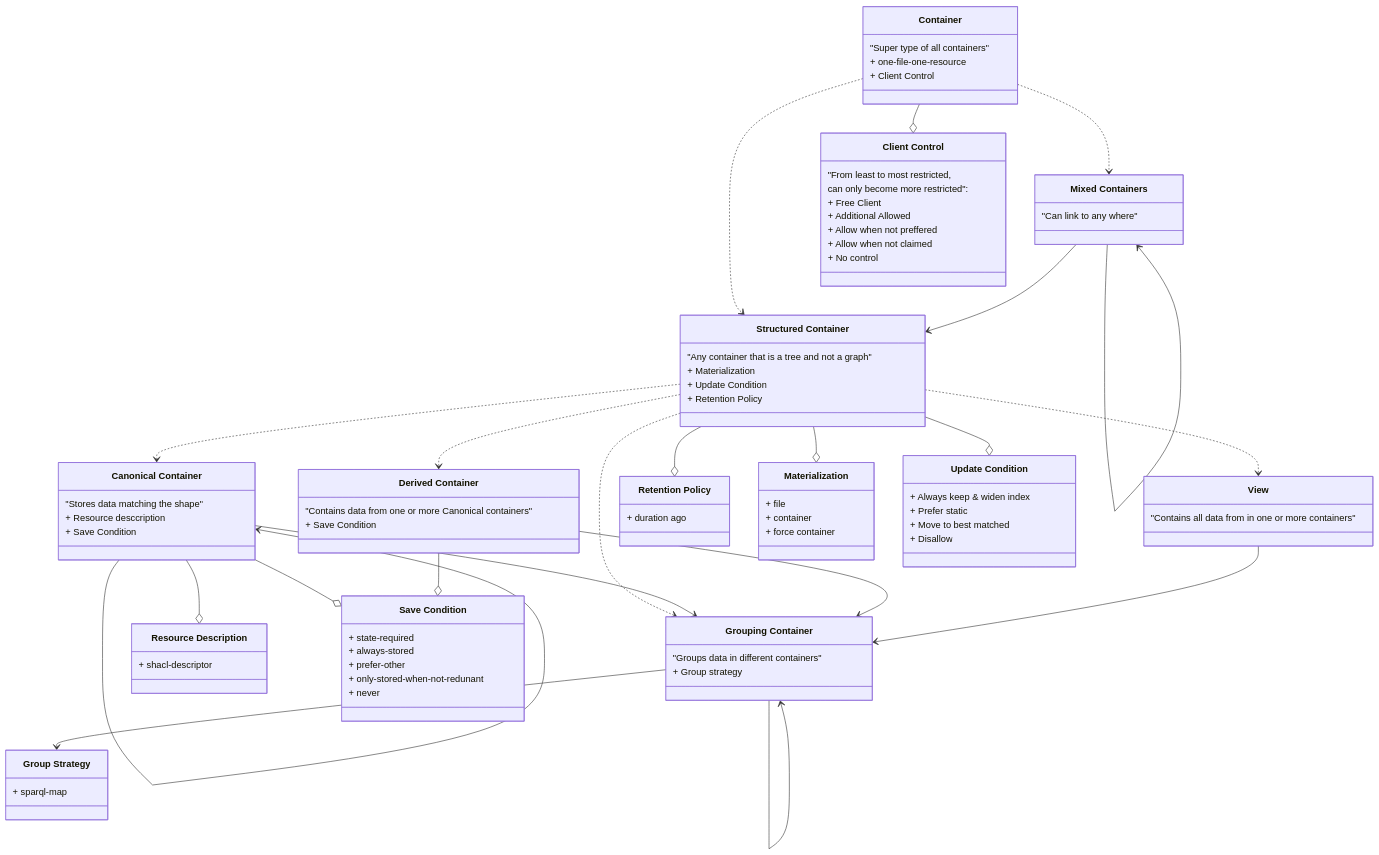
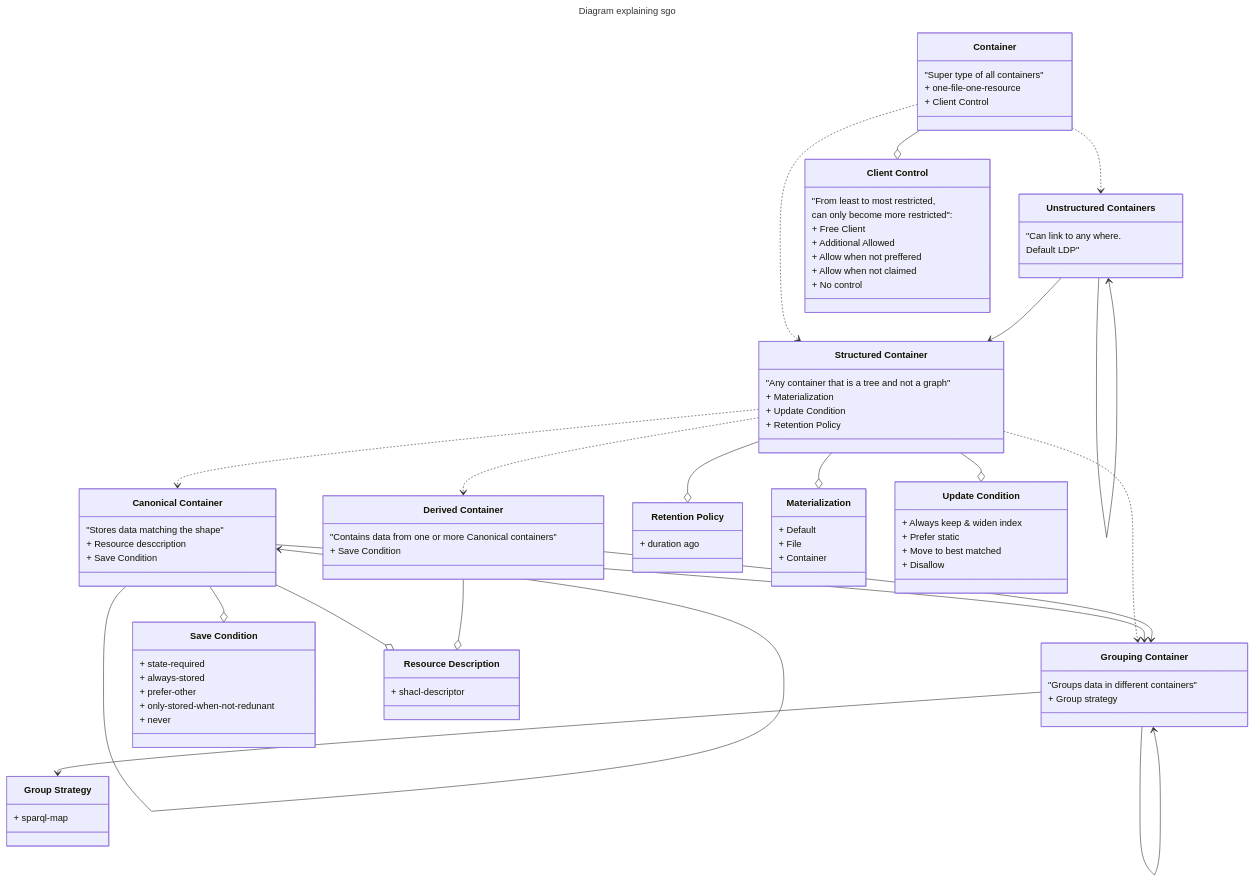
Before and after one commit to jitsedesmet/thesis: the second of 2 diagrams in solution/storage-guidance-ontology/index.md, drawn with Mermaid. The commit also changed other lines of this file, not shown here.

Commit message:
explain graph

```diff
--- a/solution/storage-guidance-ontology/index.md
+++ b/solution/storage-guidance-ontology/index.md
@@ -33,6 +51,10 @@
 <pre class="mermaid">
+&#45;&#45;&#45;
+title: Diagram explaining sgo
+&#45;&#45;&#45;
 classDiagram
-  C ..> MC
+  direction TB
+  C ..> UC
   C ..> SC
   class C["Container"] {
     "Super type of all containers"
@@ -40,15 +62,15 @@
     + Client Control
   }
 
-  MC --> MC
-  MC --> SC
-  class MC["Mixed Containers"] {
-    "Can link to any where"
+  UC --> UC
+  UC --> SC
+  class UC["Unstructured Containers"] {
+    "Can link to any where.
+    Default LDP"
   }
 
   SC ..> CC
   SC ..> DC
-  SC ..> View
   SC ..> GC
   class SC["Structured Container"] {
     "Any container that is a tree and not a graph"
@@ -71,11 +93,6 @@
     + Save Condition
   }
 
-  View --> GC
-  class View {
-    "Contains all data from in one or more containers"
-  }
-
   GC --> GC
   class GC["Grouping Container"] {
     "Groups data in different containers"
@@ -87,10 +104,6 @@
     + duration ago 
   }
 
-  CC --o RD
-  class RD["Resource Description"] {
-    + shacl-descriptor
-  }
 
   GC --> GS
   class GS["Group Strategy"] {
@@ -99,13 +112,12 @@
 
   SC --o M  
   class M["Materialization"] {
-    + file
-    + container
-    + force container
+    + Default
+    + File
+    + Container
   }
 
   CC --o SaveCond
-  DC --o SaveCond
   class SaveCond["Save Condition"] {
     + state-required
     + always-stored
@@ -114,8 +126,14 @@
     + never
   }
 
-  SC --o UC
-  class UC["Update Condition"] {
+  CC --o RD
+  DC --o RD
+  class RD["Resource Description"] {
+    + shacl-descriptor
+  }
+
+  SC --o UCond
+  class UCond["Update Condition"] {
     + Always keep & widen index
     + Prefer static
     + Move to best matched
@@ -133,11 +151,18 @@
     + No control
   }
 
-link SG "#"
-link SC "#save-condition"
+link C "#containers"
+link CControl "#client-control"
+link UC "#unstructured-containers"
+link SC "#structured-containers"
+link CC "#canonical-container"
+link DC "#derived-container"
+link GC "#grouping-container"
+
+link RP "#retention-policy"
+link M "#materialization"
+link SaveCond "#save-condition"
+link UCond "#update-condition"
 link RD "#resource-description"
 link GS "#group-strategy"
-link CC "#client-control"
-link M "#resource-materialization"
-link RP "#retention-policy"
 </pre>
```
